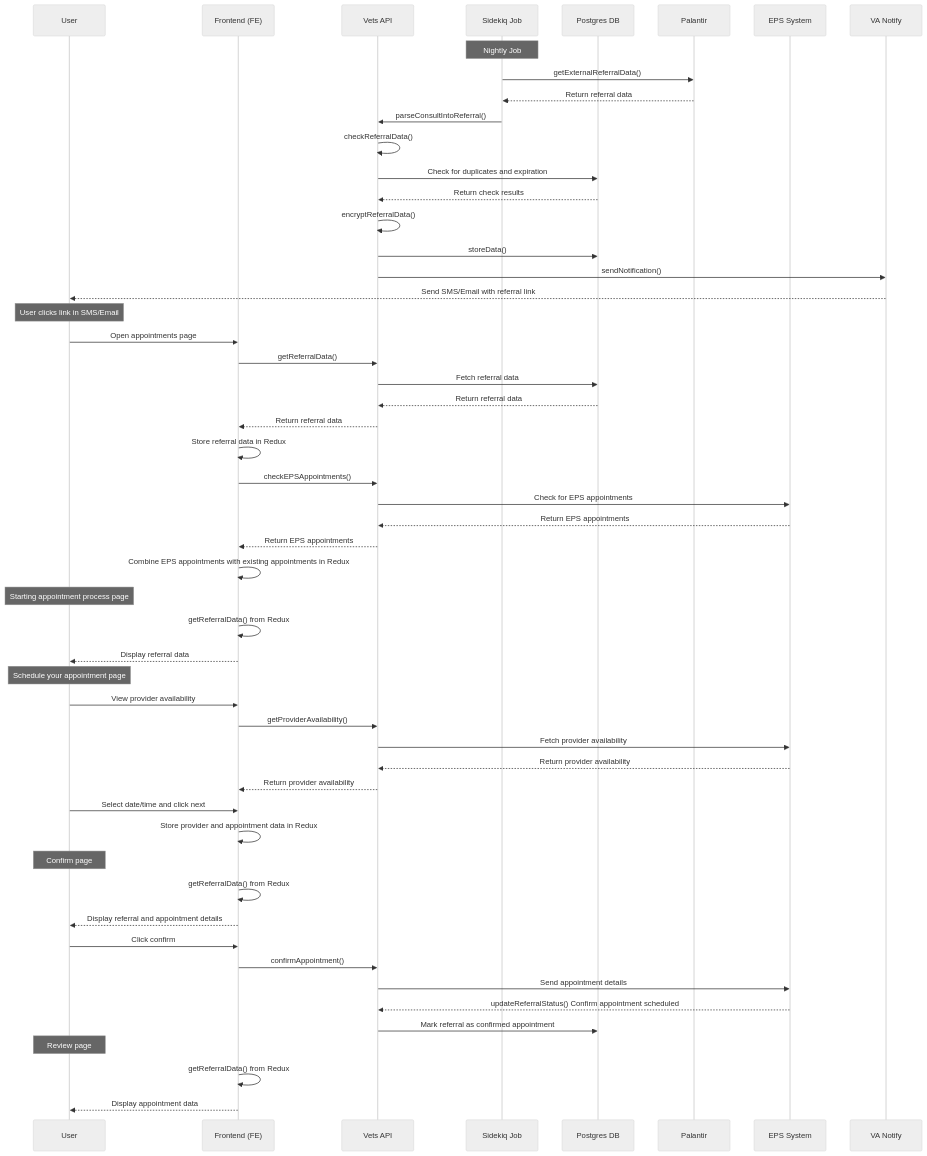
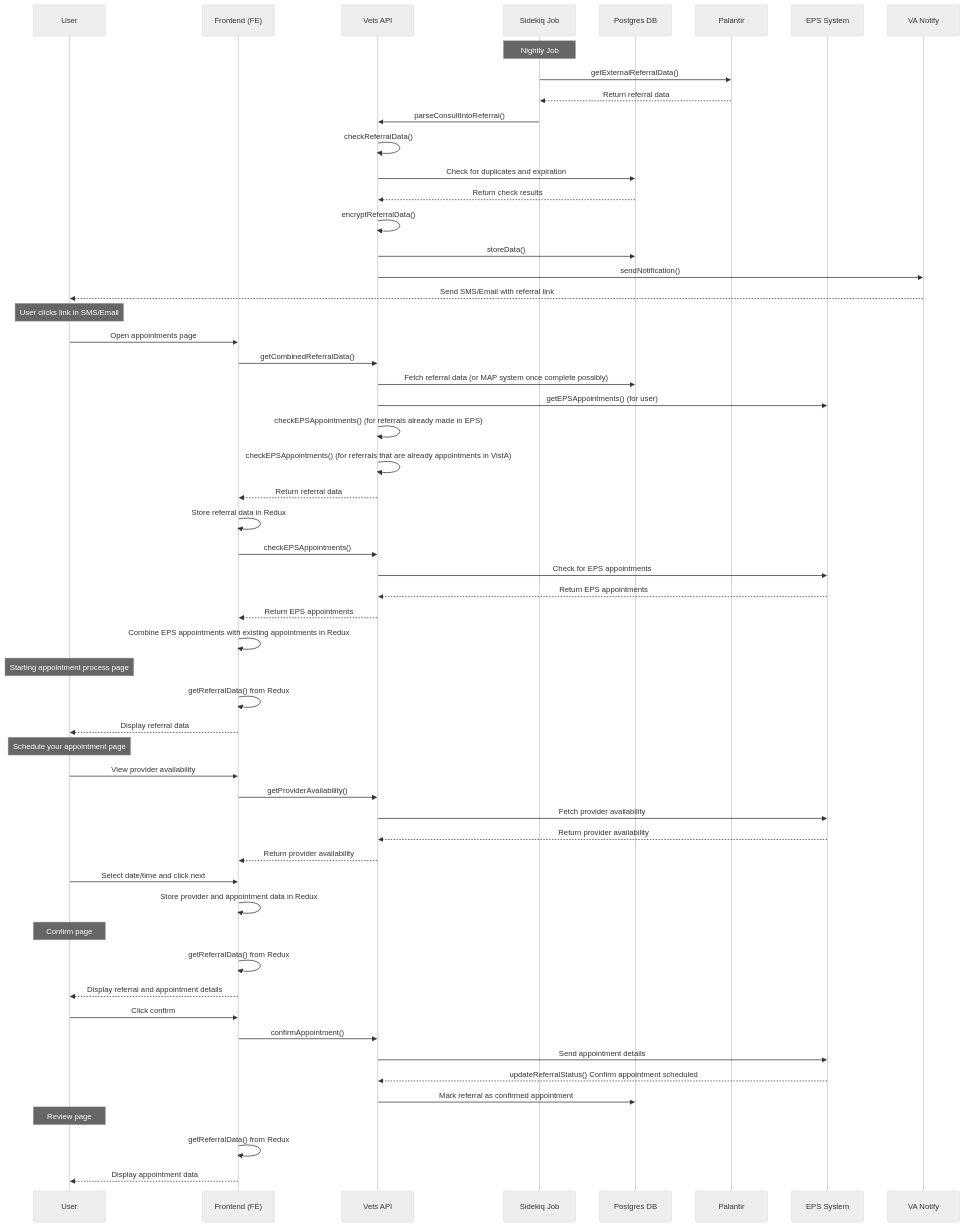
Before and after one commit to department-of-veterans-affairs/va.gov-team: the fourth of 4 diagrams in products/health-care/appointments/va-online-scheduling/engineering/architecture/community-care-technical-documentation.md, drawn with Mermaid (neutral theme).

````diff
--- a/products/health-care/appointments/va-online-scheduling/engineering/architecture/community-care-technical-documentation.md
+++ b/products/health-care/appointments/va-online-scheduling/engineering/architecture/community-care-technical-documentation.md
@@ -131,62 +131,64 @@
 ```mermaid
 sequenceDiagram
     participant User
     participant Frontend as Frontend (FE)
     participant VetsAPI as Vets API
     participant Sidekiq as Sidekiq Job
     participant Postgres as Postgres DB
     participant Palantir as Palantir
     participant EPS as EPS System
     participant VA as VA Notify
 
     Note over Sidekiq: Nightly Job
     Sidekiq->>Palantir: getExternalReferralData()
     Palantir-->>Sidekiq: Return referral data
     Sidekiq->>VetsAPI: parseConsultIntoReferral()
     VetsAPI->>VetsAPI: checkReferralData()
     VetsAPI->>Postgres: Check for duplicates and expiration
     Postgres-->>VetsAPI: Return check results
     VetsAPI->>VetsAPI: encryptReferralData()
     VetsAPI->>Postgres: storeData()
     VetsAPI->>VA: sendNotification()
     VA-->>User: Send SMS/Email with referral link
 
     Note over User: User clicks link in SMS/Email
     User->>Frontend: Open appointments page
-    Frontend->>VetsAPI: getReferralData()
-    VetsAPI->>Postgres: Fetch referral data
-    Postgres-->>VetsAPI: Return referral data
+    Frontend->>VetsAPI: getCombinedReferralData()
+    VetsAPI->>Postgres: Fetch referral data (or MAP system once complete possibly)
+    VetsAPI->>EPS: getEPSAppointments() (for user)
+    VetsAPI->>VetsAPI: checkEPSAppointments() (for referrals already made in EPS)
+    VetsAPI->>VetsAPI: checkEPSAppointments() (for referrals that are already appointments in VistA)
     VetsAPI-->>Frontend: Return referral data
     Frontend->>Frontend: Store referral data in Redux
     Frontend->>VetsAPI: checkEPSAppointments()
     VetsAPI->>EPS: Check for EPS appointments
     EPS-->>VetsAPI: Return EPS appointments
     VetsAPI-->>Frontend: Return EPS appointments
     Frontend->>Frontend: Combine EPS appointments with existing appointments in Redux
 
     Note over User: Starting appointment process page
     Frontend->>Frontend: getReferralData() from Redux
     Frontend-->>User: Display referral data
 
     Note over User: Schedule your appointment page
     User->>Frontend: View provider availability
     Frontend->>VetsAPI: getProviderAvailability()
     VetsAPI->>EPS: Fetch provider availability
     EPS-->>VetsAPI: Return provider availability
     VetsAPI-->>Frontend: Return provider availability
     User->>Frontend: Select date/time and click next
     Frontend->>Frontend: Store provider and appointment data in Redux
 
     Note over User: Confirm page
     Frontend->>Frontend: getReferralData() from Redux
     Frontend-->>User: Display referral and appointment details
     User->>Frontend: Click confirm
     Frontend->>VetsAPI: confirmAppointment()
     VetsAPI->>EPS: Send appointment details
     EPS-->>VetsAPI: updateReferralStatus() Confirm appointment scheduled
     VetsAPI->>Postgres: Mark referral as confirmed appointment
 
     Note over User: Review page
     Frontend->>Frontend: getReferralData() from Redux
     Frontend-->>User: Display appointment data
 ```
````
